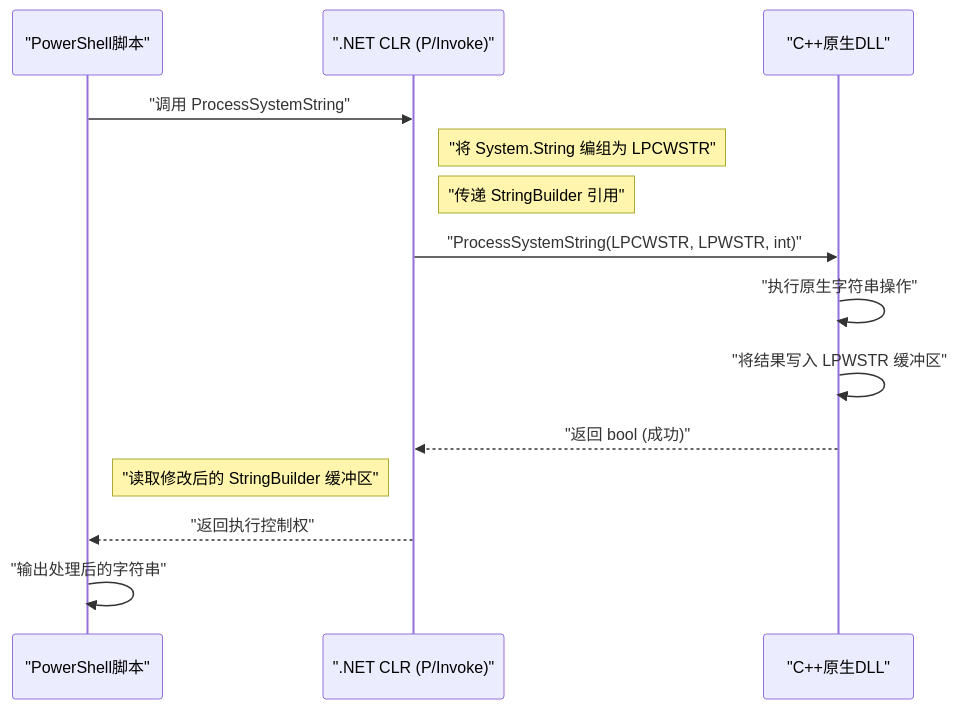
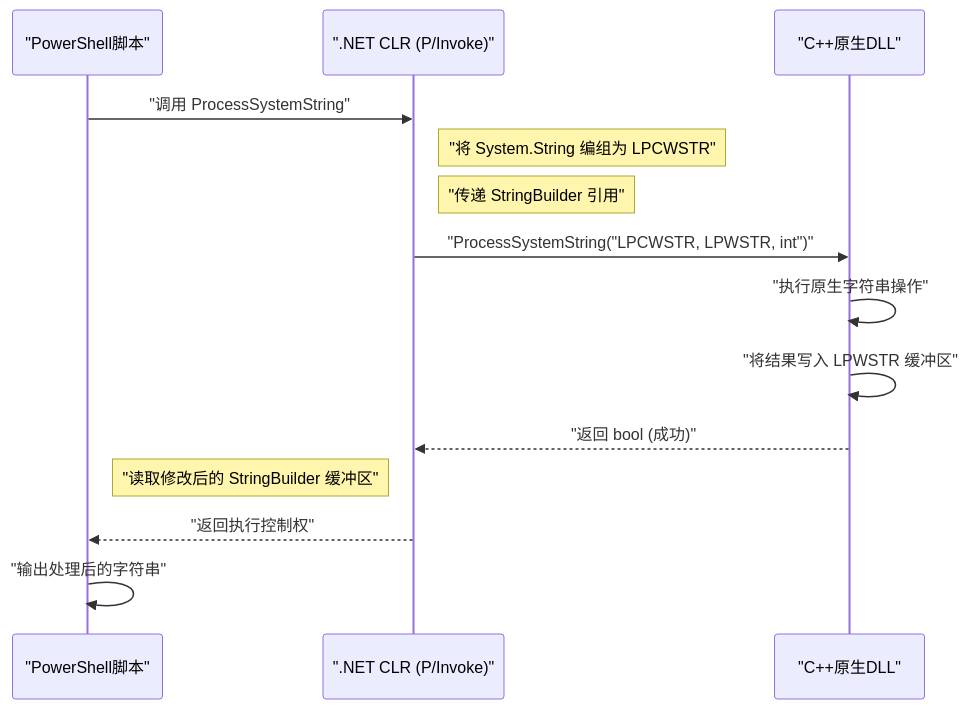
The first of 2 diagrams in content/post/powershellとcppの連携/index.zh-cn.md (kenjinote/blog), drawn with Mermaid before and after one commit. The commit also changed 929 other files, not shown here.

Commit message:
fix: Add double quotes to all Mermaid node texts to resolve syntax errors

````diff
--- a/content/post/powershellとcppの連携/index.zh-cn.md
+++ b/content/post/powershellとcppの連携/index.zh-cn.md
@@ -145,19 +145,19 @@
 ```mermaid
 sequenceDiagram
     participant PS as "PowerShell脚本"
     participant CLR as ".NET CLR (P/Invoke)"
     participant CPP as "C++原生DLL"
 
     PS->>CLR: "调用 ProcessSystemString"
     note right of CLR: "将 System.String 编组为 LPCWSTR"
     note right of CLR: "传递 StringBuilder 引用"
-    CLR->>CPP: "ProcessSystemString(LPCWSTR, LPWSTR, int)"
+    CLR->>CPP: "ProcessSystemString("LPCWSTR, LPWSTR, int")"
     
     CPP->>CPP: "执行原生字符串操作"
     CPP->>CPP: "将结果写入 LPWSTR 缓冲区"
     
     CPP-->>CLR: "返回 bool (成功)"
     note left of CLR: "读取修改后的 StringBuilder 缓冲区"
     CLR-->>PS: "返回执行控制权"
     PS->>PS: "输出处理后的字符串"
 ```
````
